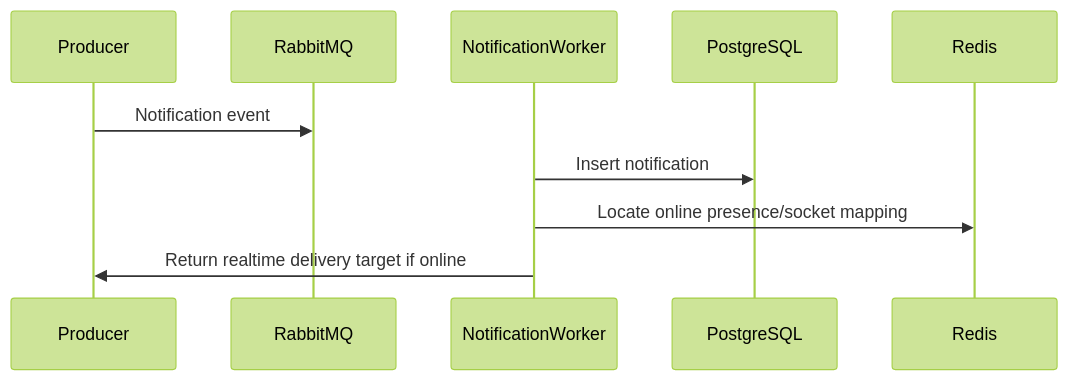
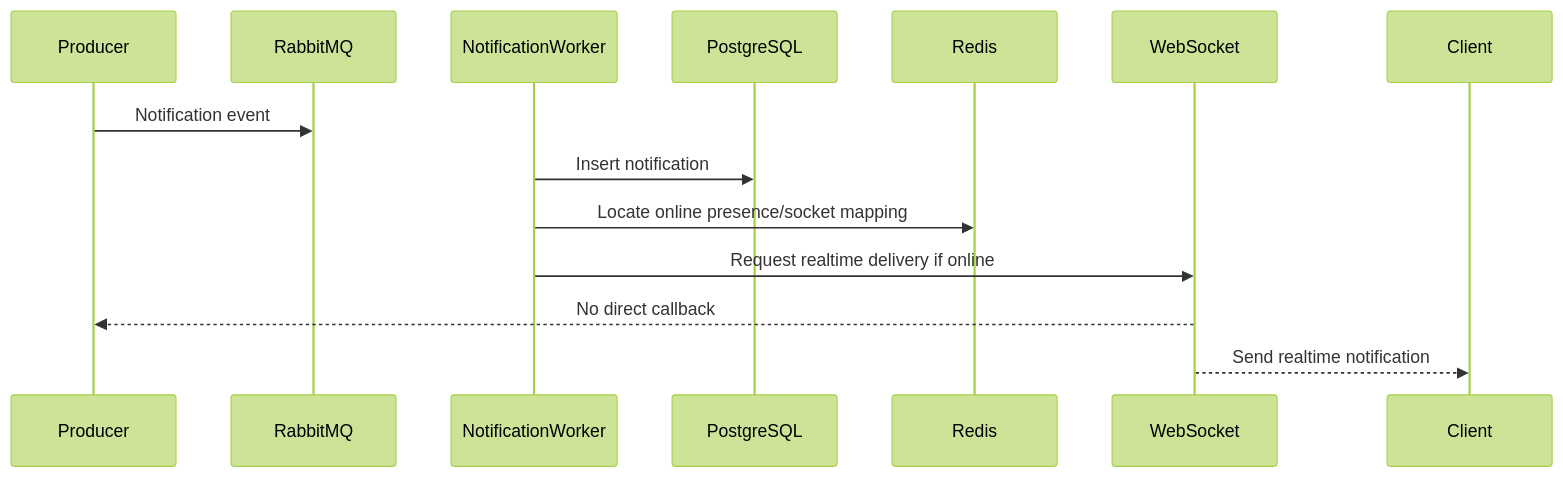
The sixth of 6 diagrams in docs/DATA_FLOW.md (HuynhLoc2004/TitanCore), drawn with Mermaid (forest theme) before and after one commit. The commit also changed other lines of this file and 5 other files, not shown here.

Commit message:
docs(database): address phase 2 architecture review

````diff
--- a/docs/DATA_FLOW.md
+++ b/docs/DATA_FLOW.md
@@ -111,13 +110,17 @@
 ```mermaid
 sequenceDiagram
     participant Producer
     participant RabbitMQ
     participant NotificationWorker
     participant PostgreSQL
     participant Redis
+    participant WebSocket
+    participant Client
 
     Producer->>RabbitMQ: Notification event
     NotificationWorker->>PostgreSQL: Insert notification
     NotificationWorker->>Redis: Locate online presence/socket mapping
-    NotificationWorker->>Producer: Return realtime delivery target if online
+    NotificationWorker->>WebSocket: Request realtime delivery if online
+    WebSocket-->>Producer: No direct callback
+    WebSocket-->>Client: Send realtime notification
 ```
````
